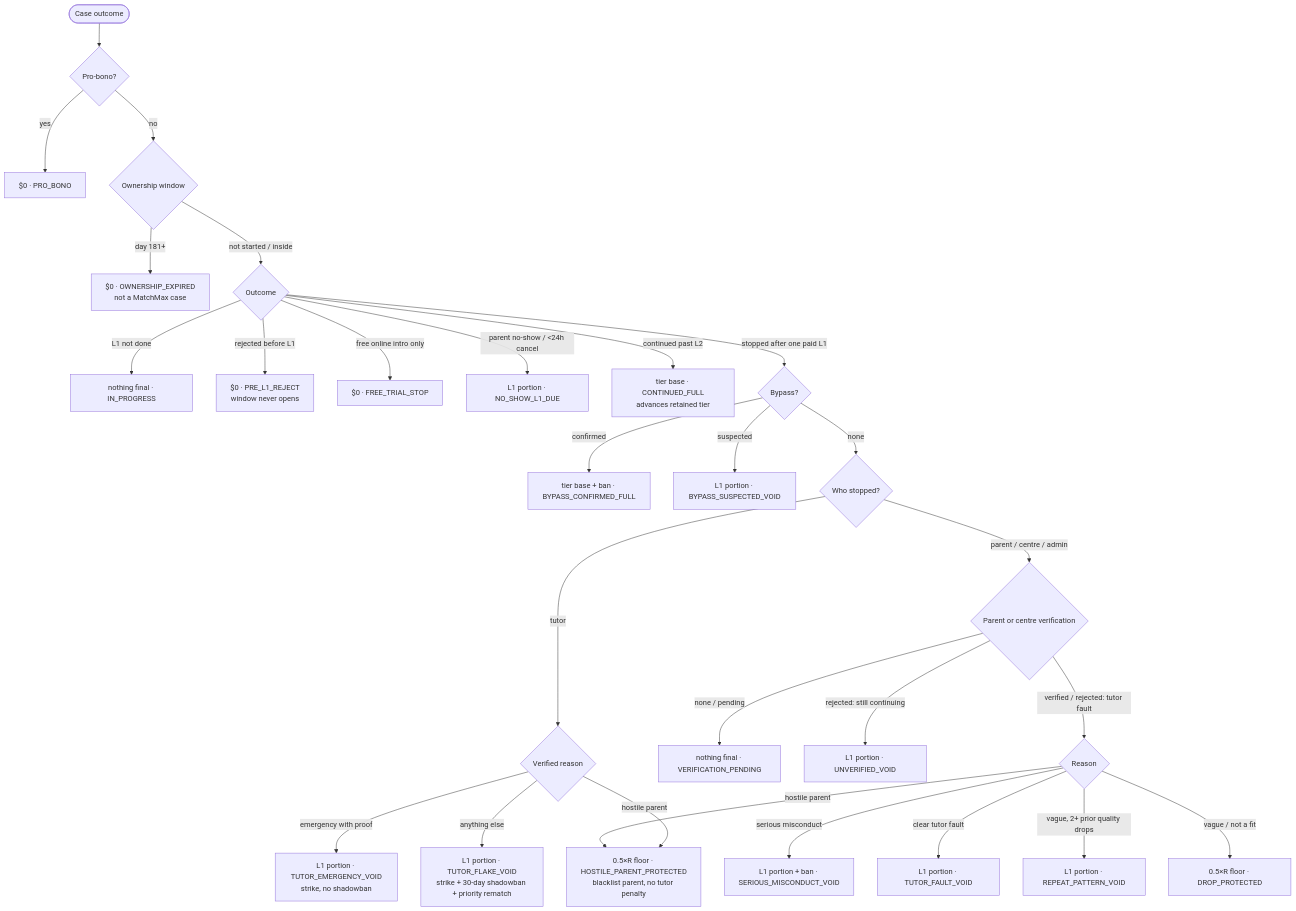
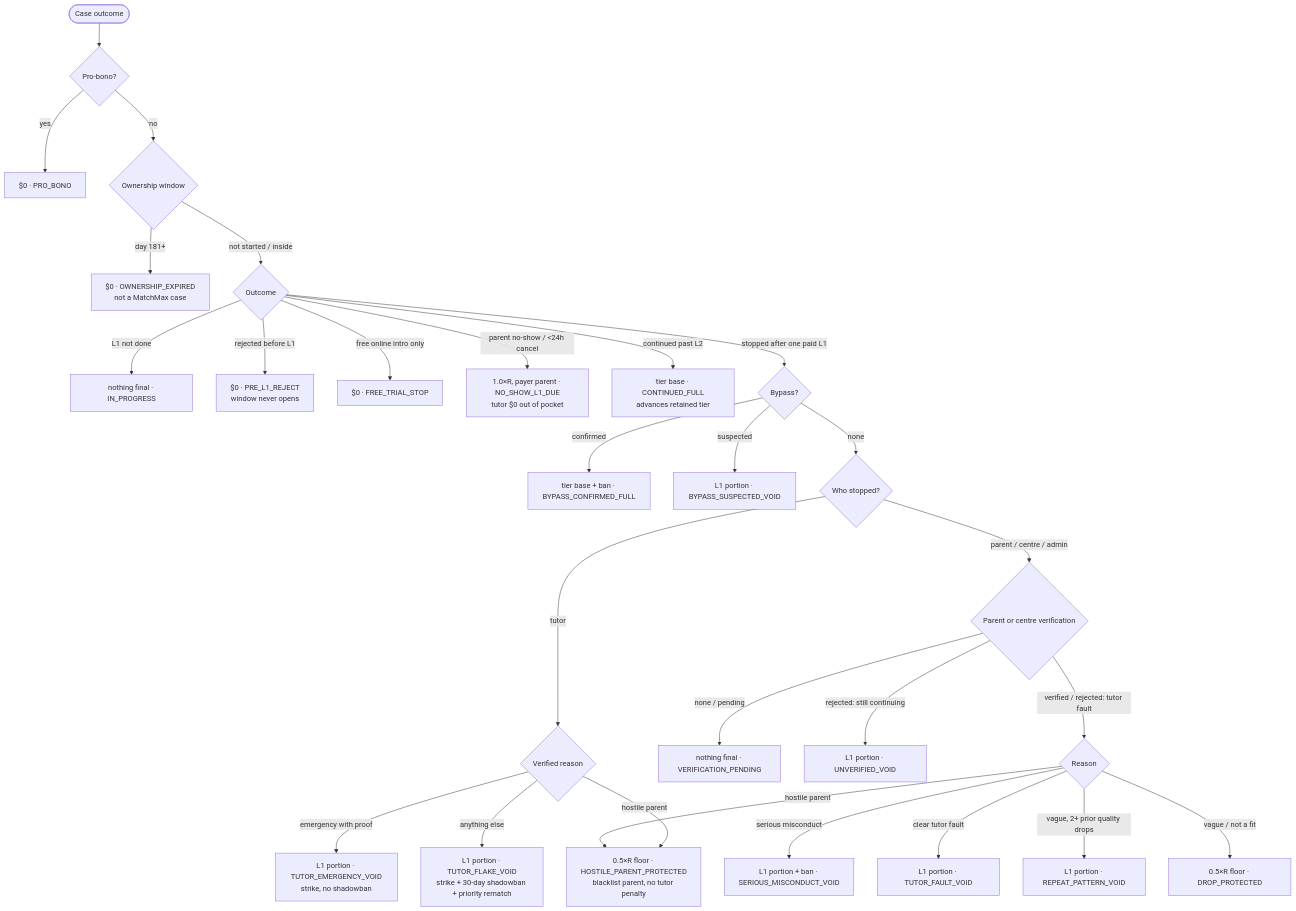
One commit to keyframesfound/matchmaxhk changed the diagram in docs/fee-drop-state-machine.md. Above: the diagram before and after it, drawn with Mermaid. The commit also changed other lines of this file and 7 other files, not shown here.

````diff
--- a/docs/fee-drop-state-machine.md
+++ b/docs/fee-drop-state-machine.md
@@ -17,34 +17,34 @@
 ```mermaid
 flowchart TD
   start([Case outcome]) --> probono{Pro-bono?}
   probono -- yes --> zero0[$0 · PRO_BONO]
   probono -- no --> window{Ownership window}
   window -- day 181+ --> zero1[$0 · OWNERSHIP_EXPIRED<br/>not a MatchMax case]
   window -- not started / inside --> kind{Outcome}
 
   kind -- L1 not done --> pending0[nothing final · IN_PROGRESS]
   kind -- rejected before L1 --> zero2[$0 · PRE_L1_REJECT<br/>window never opens]
   kind -- free online intro only --> zero3[$0 · FREE_TRIAL_STOP]
-  kind -- parent no-show / <24h cancel --> l1due[L1 portion · NO_SHOW_L1_DUE]
+  kind -- parent no-show / <24h cancel --> l1due[1.0×R, payer parent · NO_SHOW_L1_DUE<br/>tutor $0 out of pocket]
   kind -- continued past L2 --> full[tier base · CONTINUED_FULL<br/>advances retained tier]
   kind -- stopped after one paid L1 --> bypass{Bypass?}
 
   bypass -- confirmed --> ban[tier base + ban · BYPASS_CONFIRMED_FULL]
   bypass -- suspected --> void0[L1 portion · BYPASS_SUSPECTED_VOID]
   bypass -- none --> who{Who stopped?}
 
   who -- tutor --> tutorwhy{Verified reason}
   tutorwhy -- hostile parent --> hostile[0.5×R floor · HOSTILE_PARENT_PROTECTED<br/>blacklist parent, no tutor penalty]
   tutorwhy -- emergency with proof --> emerg[L1 portion · TUTOR_EMERGENCY_VOID<br/>strike, no shadowban]
   tutorwhy -- anything else --> flake[L1 portion · TUTOR_FLAKE_VOID<br/>strike + 30-day shadowban + priority rematch]
 
   who -- parent / centre / admin --> verify{Parent or centre verification}
   verify -- none / pending --> pending1[nothing final · VERIFICATION_PENDING]
   verify -- rejected: still continuing --> void1[L1 portion · UNVERIFIED_VOID]
   verify -- verified / rejected: tutor fault --> reason{Reason}
   reason -- serious misconduct --> misconduct[L1 portion + ban · SERIOUS_MISCONDUCT_VOID]
   reason -- clear tutor fault --> fault[L1 portion · TUTOR_FAULT_VOID]
   reason -- vague, 2+ prior quality drops --> repeat[L1 portion · REPEAT_PATTERN_VOID]
   reason -- hostile parent --> hostile
   reason -- vague / not a fit --> protected[0.5×R floor · DROP_PROTECTED]
 ```
````
